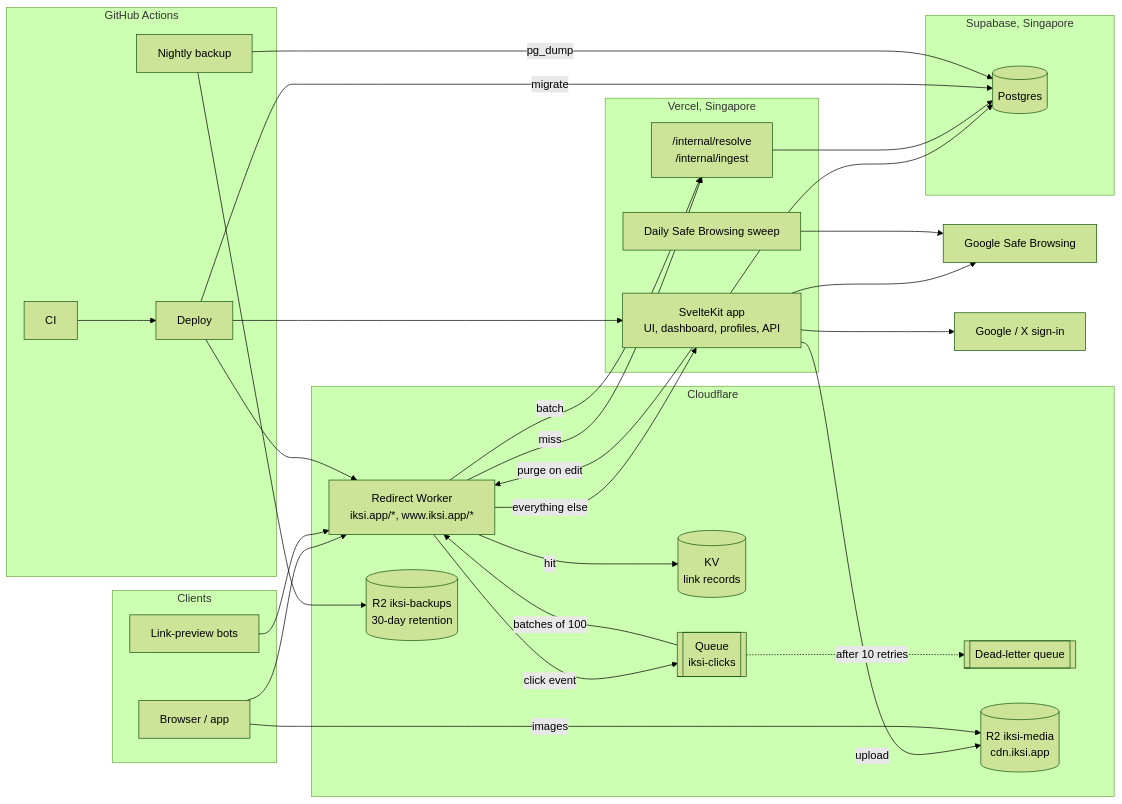
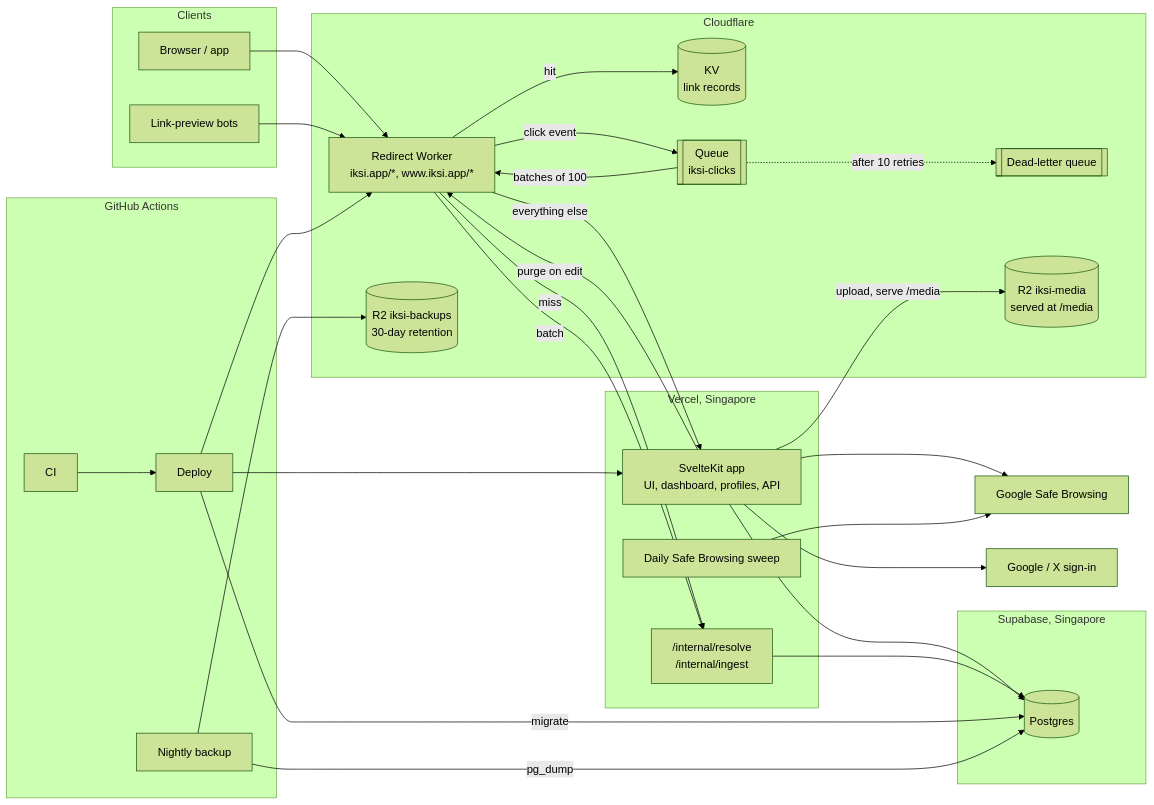
One commit to ardey26/iksi changed the first of 6 diagrams in README.md. Above: the diagram before and after it, drawn with Mermaid (forest theme). The commit also changed 1 other file, not shown here.

Commit message:
chore (media): Document serving images from /media
- The runbook and diagram still sent images through cdn.iksi.app

````diff
--- a/README.md
+++ b/README.md
@@ -18,59 +18,58 @@
 ```mermaid
 flowchart LR
   subgraph Clients
     B["Browser / app"]
     BOT["Link-preview bots"]
   end
 
   subgraph CF["Cloudflare"]
     W["Redirect Worker<br/>iksi.app/*, www.iksi.app/*"]
     KV[("KV<br/>link records")]
     Q[["Queue<br/>iksi-clicks"]]
     DLQ[["Dead-letter queue"]]
-    R2M[("R2 iksi-media<br/>cdn.iksi.app")]
+    R2M[("R2 iksi-media<br/>served at /media")]
     R2B[("R2 iksi-backups<br/>30-day retention")]
   end
 
   subgraph VC["Vercel, Singapore"]
     APP["SvelteKit app<br/>UI, dashboard, profiles, API"]
     INT["/internal/resolve<br/>/internal/ingest"]
     CRON["Daily Safe Browsing sweep"]
   end
 
   subgraph SB["Supabase, Singapore"]
     PG[("Postgres")]
   end
 
   GSB["Google Safe Browsing"]
   OAUTH["Google / X sign-in"]
 
   subgraph GH["GitHub Actions"]
     CI["CI"]
     DEP["Deploy"]
     BAK["Nightly backup"]
   end
 
   B --> W
   BOT --> W
   W -- "hit" --> KV
   W -- "miss" --> INT
   W -- "everything else" --> APP
   W -- "click event" --> Q
   Q -- "batches of 100" --> W
   W -- "batch" --> INT
   Q -. "after 10 retries" .-> DLQ
   APP --> PG
   INT --> PG
-  APP -- "upload" --> R2M
-  B -- "images" --> R2M
+  APP -- "upload, serve /media" --> R2M
   APP -- "purge on edit" --> W
   APP --> GSB
   CRON --> GSB
   APP --> OAUTH
   CI --> DEP
   DEP -- "migrate" --> PG
   DEP --> APP
   DEP --> W
   BAK -- "pg_dump" --> PG
   BAK --> R2B
 ```
````
